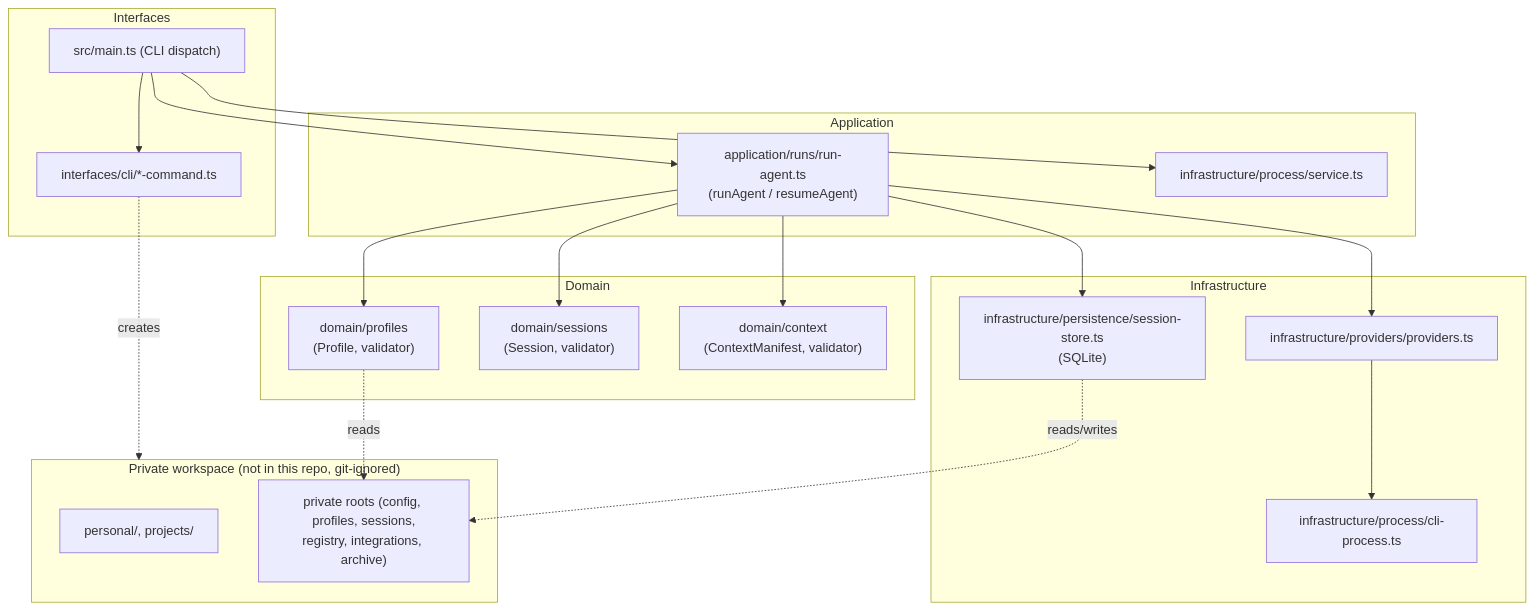
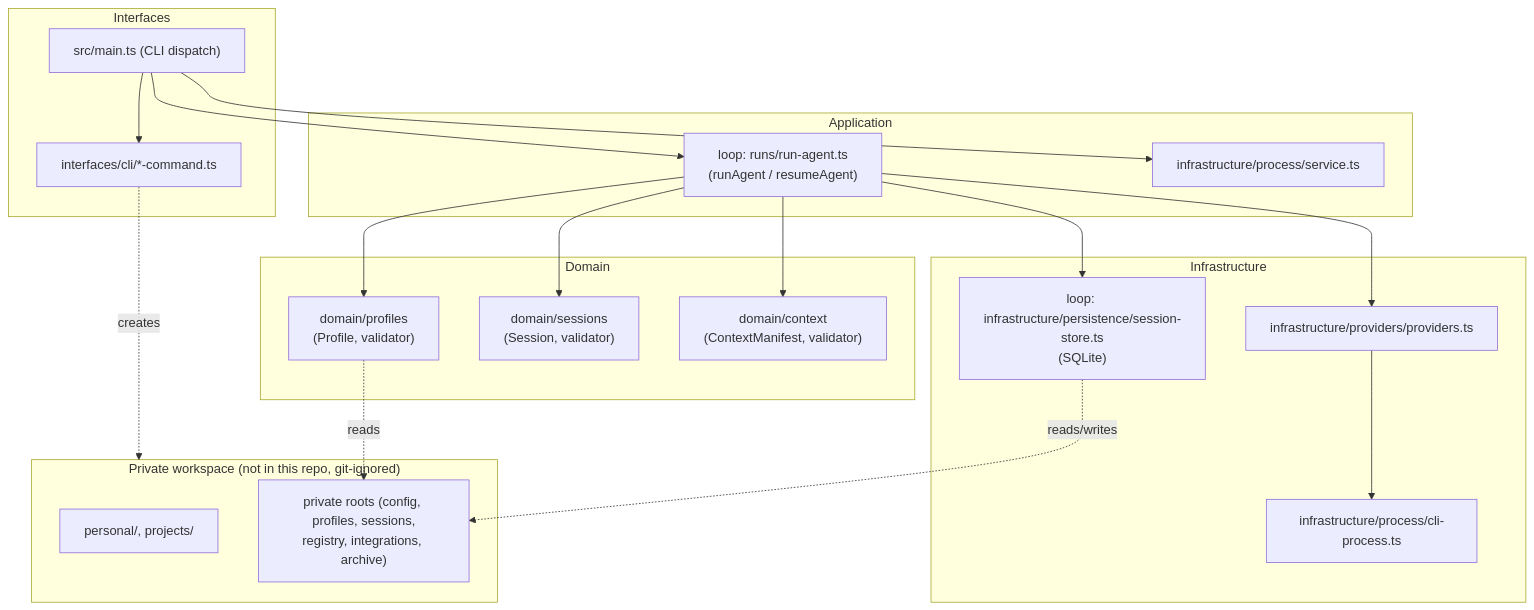
Before and after one commit to amoree-code/ocean: the diagram in docs/architecture.md, drawn with Mermaid. The commit also changed other lines of this file and 96 other files, not shown here.

First line of the commit message:
refactor(T-222): extract @ocean/loop; enforce application ↛ infrastructure everywhere

````diff
--- a/docs/architecture.md
+++ b/docs/architecture.md
@@ -37,43 +37,43 @@
 ```mermaid
 flowchart TB
     subgraph Interfaces
         Main["src/main.ts (CLI dispatch)"]
         Commands["interfaces/cli/*-command.ts"]
     end
 
     subgraph Application
-        AgentRun["application/runs/run-agent.ts\n(runAgent / resumeAgent)"]
+        AgentRun["loop: runs/run-agent.ts\n(runAgent / resumeAgent)"]
         Service["infrastructure/process/service.ts"]
     end
 
     subgraph Domain
         Profiles["domain/profiles\n(Profile, validator)"]
         Sessions["domain/sessions\n(Session, validator)"]
         Context["domain/context\n(ContextManifest, validator)"]
     end
 
     subgraph Infrastructure
         Providers["infrastructure/providers/providers.ts"]
         Headless["infrastructure/process/cli-process.ts"]
-        Store["infrastructure/persistence/session-store.ts\n(SQLite)"]
+        Store["loop: infrastructure/persistence/session-store.ts\n(SQLite)"]
     end
 
     Main --> AgentRun
     Main --> Commands
     Main --> Service
     AgentRun --> Profiles
     AgentRun --> Sessions
     AgentRun --> Context
     AgentRun --> Providers
     Providers --> Headless
     AgentRun --> Store
 
     subgraph PrivateBoundary["Private workspace (not in this repo, git-ignored)"]
         Personal["personal/, projects/"]
         OceanState["private roots (config, profiles, sessions,\nregistry, integrations, archive)"]
     end
 
     Commands -.creates.-> PrivateBoundary
     Store -.reads/writes.-> OceanState
     Profiles -.reads.-> OceanState
 ```
````
